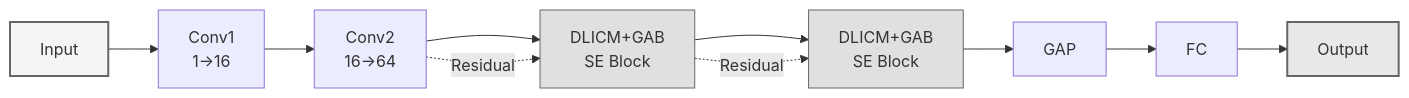
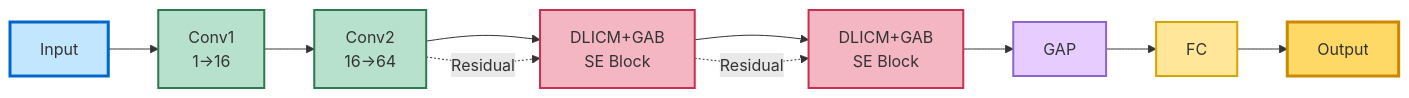
One commit to soroosh-tanzadeh/rotary-insight changed the tenth of 13 diagrams in models/MODEL_ARCHITECTURES.md. Above: the diagram before and after it, drawn with Mermaid. The commit also changed other lines of this file and 5 other files, not shown here.

````diff
--- a/models/MODEL_ARCHITECTURES.md
+++ b/models/MODEL_ARCHITECTURES.md
@@ -614,14 +652,18 @@
 ```mermaid
 graph LR
     A[Input] --> B[Conv1<br/>1→16]
     B --> C[Conv2<br/>16→64]
     C --> D[DLICM+GAB<br/>SE Block]
     D --> E[DLICM+GAB<br/>SE Block]
     E --> F[GAP] --> G[FC] --> H[Output]
     C -.Residual.-> D
     D -.Residual.-> E
-    style A fill:#f5f5f5,stroke:#666,stroke-width:2px
-    style H fill:#e8e8e8,stroke:#666,stroke-width:2px
-    style D fill:#e0e0e0,stroke:#666
-    style E fill:#e0e0e0,stroke:#666
+    style A fill:#c3e6ff,stroke:#0066cc,stroke-width:3px
+    style B fill:#b7e1cd,stroke:#2d7a4f,stroke-width:2px
+    style C fill:#b7e1cd,stroke:#2d7a4f,stroke-width:2px
+    style D fill:#f4b6c2,stroke:#c9304f,stroke-width:2px
+    style E fill:#f4b6c2,stroke:#c9304f,stroke-width:2px
+    style F fill:#e6ccff,stroke:#8b66cc,stroke-width:2px
+    style G fill:#ffe699,stroke:#d4a500,stroke-width:2px
+    style H fill:#ffd966,stroke:#cc8800,stroke-width:3px
 ```
````
